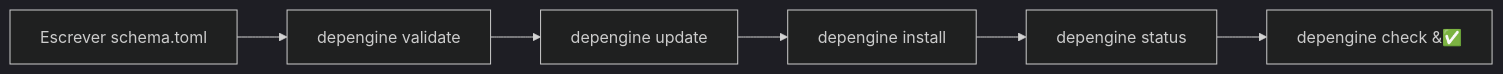
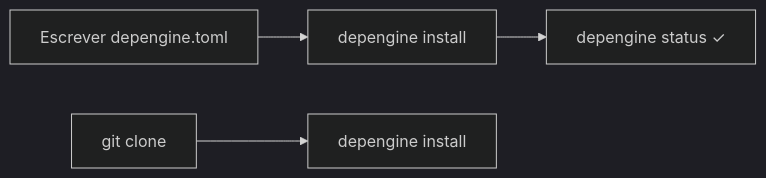
One commit to Khorea1/depengine changed the first of 3 diagrams in README-pt.md. Above: the diagram before and after it, drawn with Mermaid (dark theme). The commit also changed other lines of this file and 7 other files, not shown here.

First line of the commit message:
docs: update README, man pages, cheatsheets, and schema artifacts

````diff
--- a/README-pt.md
+++ b/README-pt.md
@@ -44,8 +48,6 @@
 ```mermaid
 flowchart LR
-    A[Escrever schema.toml] --> B[depengine validate]
-    B --> C[depengine update]
-    C --> D[depengine install]
-    D --> E[depengine status]
-    E --> F[depengine check &#9989;]
+    A[Escrever depengine.toml] --> B[depengine install]
+    B --> C[depengine status ✓]
+    D[git clone] --> E[depengine install]
 ```
````
